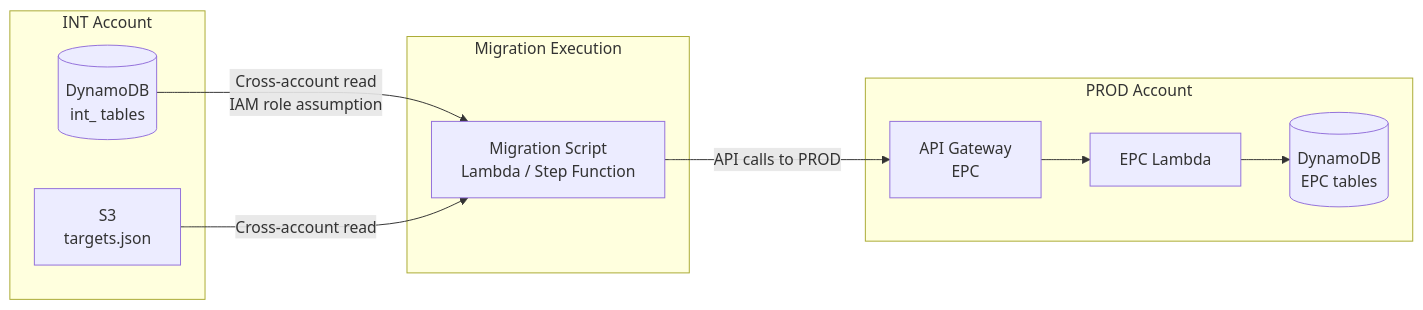
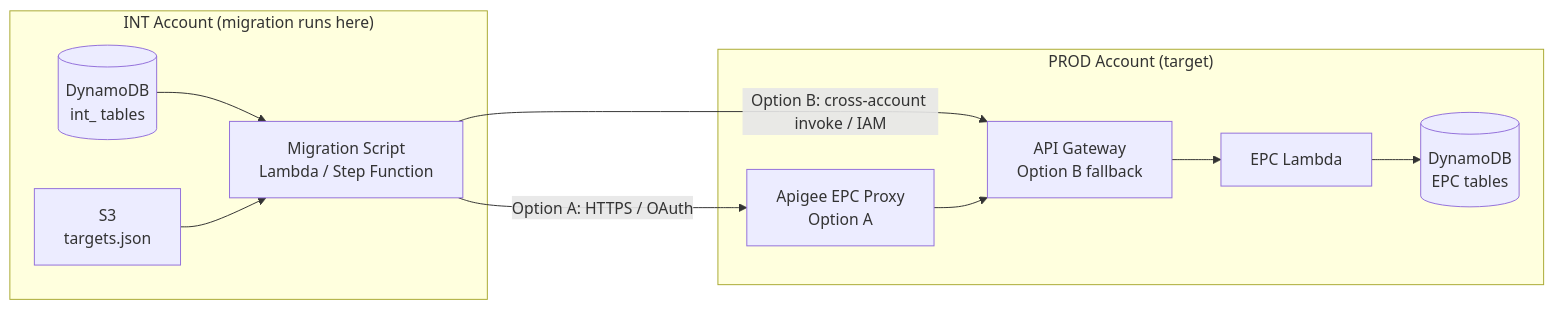
One commit to RichardWardNHSD/epc-work changed the sixth of 6 diagrams in Data Migration/Documentation/migration-from-targets-json.md. Above: the diagram before and after it, drawn with Mermaid. The commit also changed other lines of this file, not shown here.

Commit message:
Cross-account: migration runs in INT, pushes to PROD via API. Running in PROD not supported.

````diff
--- a/Data Migration/Documentation/migration-from-targets-json.md
+++ b/Data Migration/Documentation/migration-from-targets-json.md
@@ -1290,23 +1292,23 @@
 ```mermaid
 graph LR
-    subgraph "INT Account"
+    subgraph "INT Account (migration runs here)"
         DDB_SRC[(DynamoDB<br/>int_ tables)]
         S3_SRC[S3<br/>targets.json]
+        MIG[Migration Script<br/>Lambda / Step Function]
     end
 
-    subgraph "PROD Account"
-        APIGW_PROD[API Gateway<br/>EPC]
+    subgraph "PROD Account (target)"
+        APIGEE[Apigee EPC Proxy<br/>Option A]
+        APIGW_PROD[API Gateway<br/>Option B fallback]
         LAMBDA_PROD[EPC Lambda]
         DDB_PROD[(DynamoDB<br/>EPC tables)]
     end
 
-    subgraph "Migration Execution"
-        MIG[Migration Script<br/>Lambda / Step Function]
-    end
-
-    DDB_SRC -->|Cross-account read<br/>IAM role assumption| MIG
-    S3_SRC -->|Cross-account read| MIG
-    MIG -->|API calls to PROD| APIGW_PROD
+    DDB_SRC --> MIG
+    S3_SRC --> MIG
+    MIG -->|"Option A: HTTPS / OAuth"| APIGEE
+    MIG -->|"Option B: cross-account invoke / IAM"| APIGW_PROD
+    APIGEE --> APIGW_PROD
     APIGW_PROD --> LAMBDA_PROD
     LAMBDA_PROD --> DDB_PROD
 ```
````
